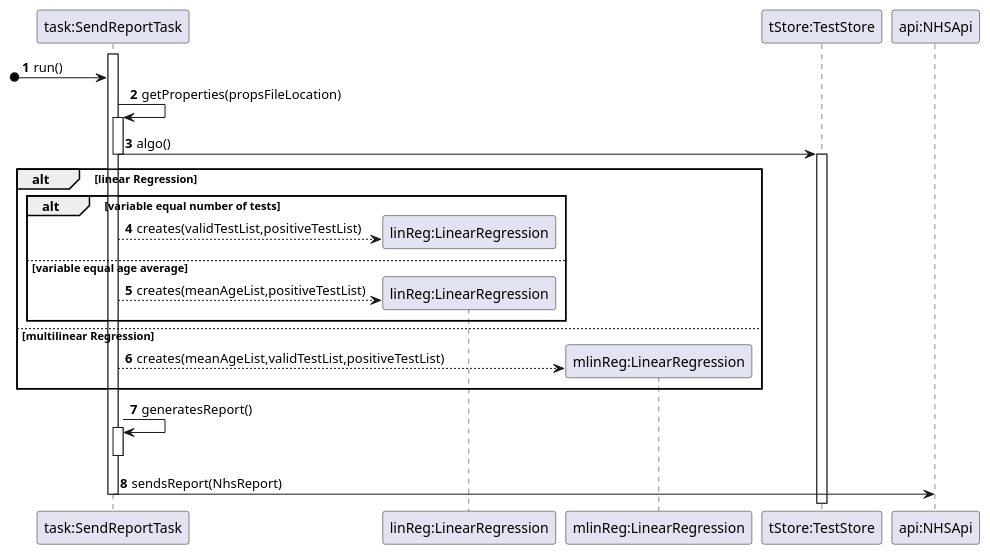
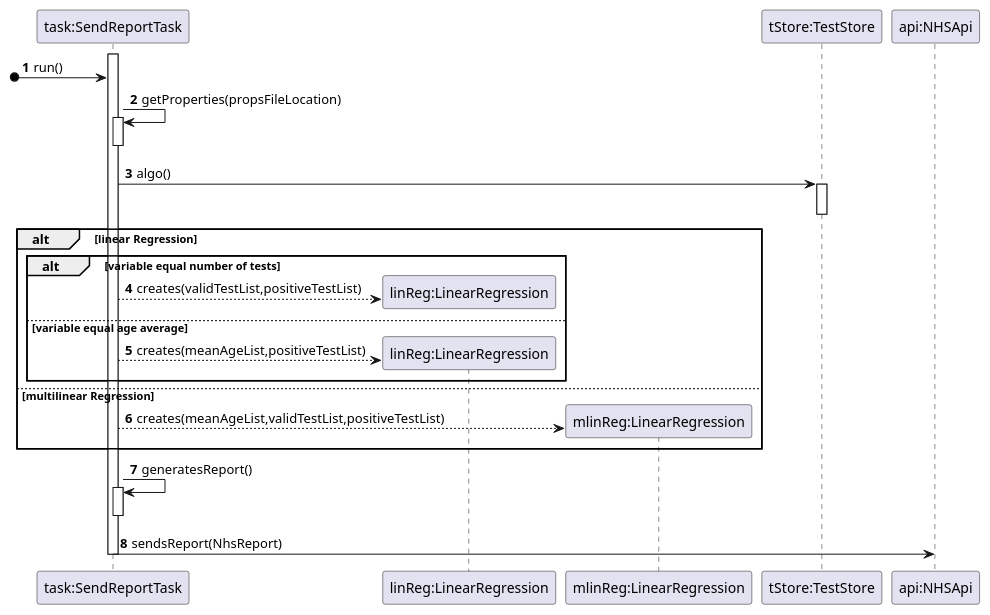
The diagram in docs/SprintD/US19/SD_runTask().puml (MarianaCLages/LAPR2), drawn with PlantUML before and after one commit. The commit also changed 11 other files, not shown here.

```diff
--- a/docs/SprintD/US19/SD_runTask().puml
+++ b/docs/SprintD/US19/SD_runTask().puml
@@ -1,36 +1,36 @@
 @startuml
 autonumber
 participant "task:SendReportTask" as task
 participant "linReg:LinearRegression" as linReg
 participant "mlinReg:LinearRegression" as linReg
 participant "mlinReg:LinearRegression" as mlinReg
 participant "tStore:TestStore" as tStore
 participant "api:NHSApi" as api
 
 activate task
 [o-> task: run()
 task -> task: getProperties(propsFileLocation)
 activate task
+deactivate task
 task -> tStore:algo()
-deactivate task 
 activate tStore
 deactivate tStore
 alt linear Regression
     alt variable equal number of tests
     task --> linReg** : creates(validTestList,positiveTestList)
 
     else variable equal age average
     task --> linReg** : creates(meanAgeList,positiveTestList)
 
     end
 
 else multilinear Regression
     task --> mlinReg**:creates(meanAgeList,validTestList,positiveTestList)
 end
 activate task
 task -> task: generatesReport()
 activate task
 deactivate
 task -> api: sendsReport(NhsReport)
 deactivate task
 @enduml
```
